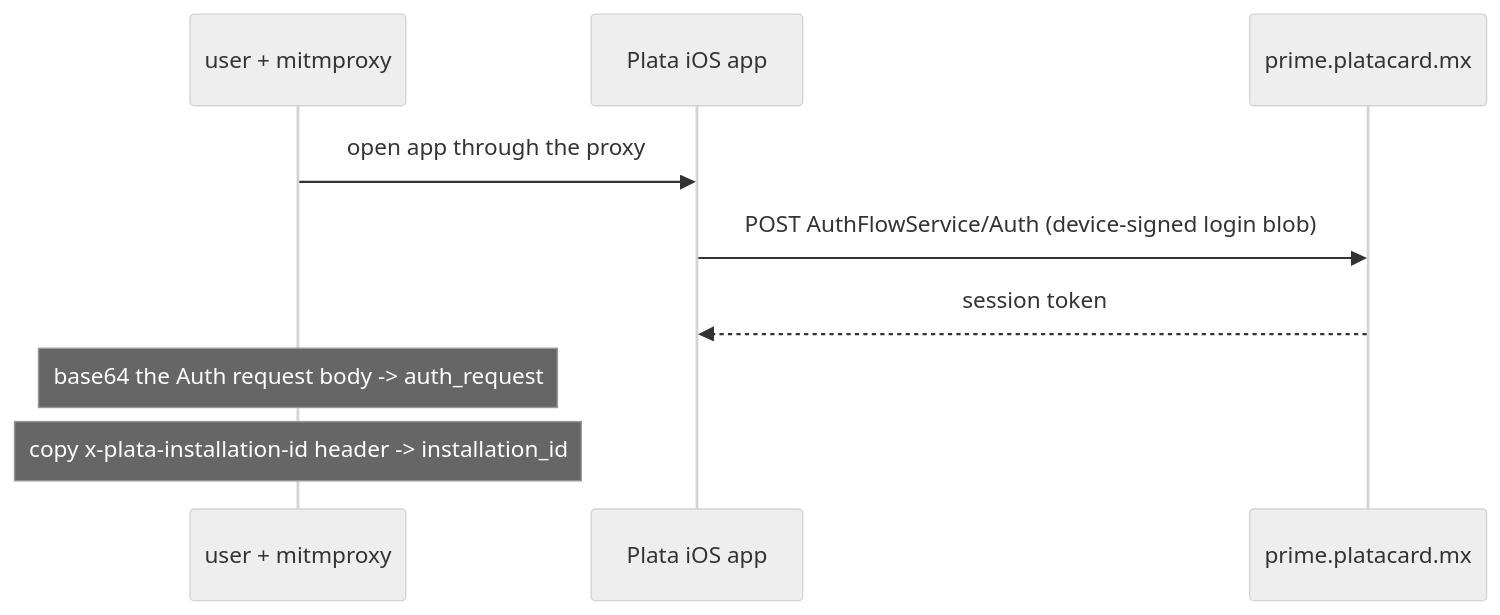
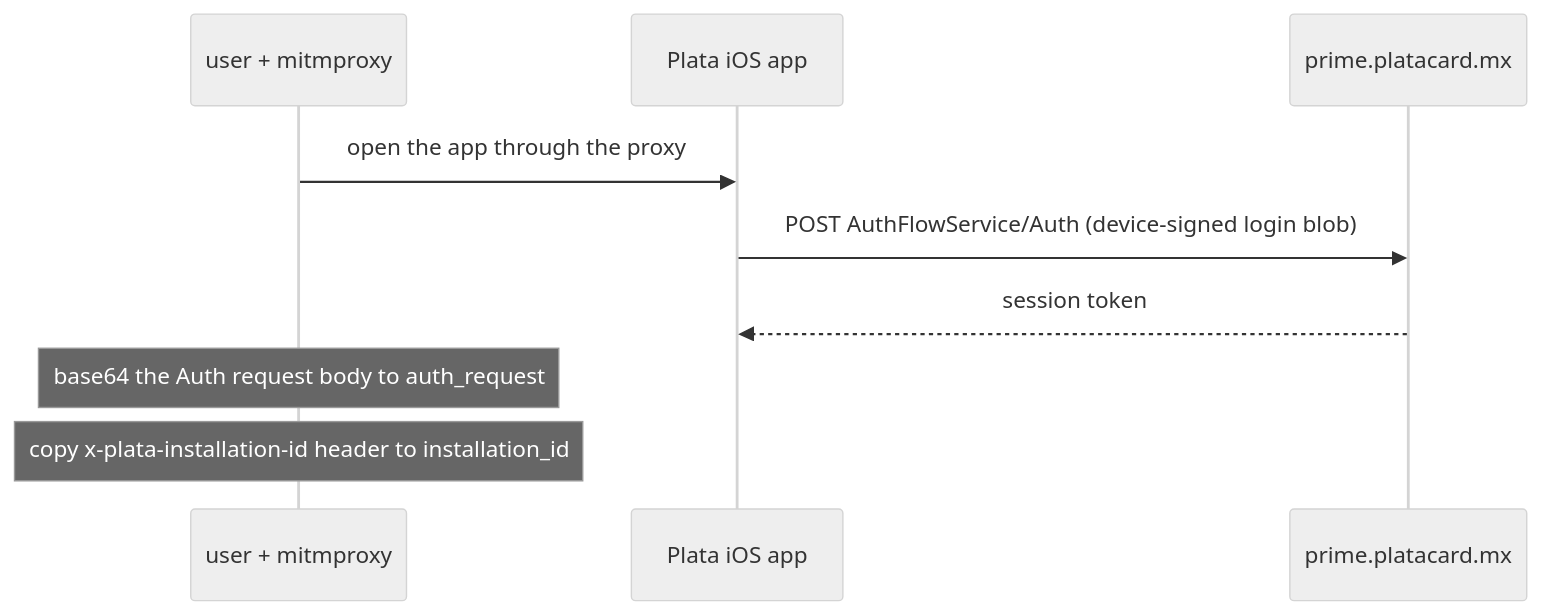
Before and after one commit to PaoloReyes/finscraper-mx: the first of 2 diagrams in docs/flows/plata.md, drawn with Mermaid (neutral theme). The commit also changed other lines of this file and 8 other files, not shown here.

Commit message:
docs/flows: one structure across providers; fix Klar mermaid

````diff
--- a/docs/flows/plata.md
+++ b/docs/flows/plata.md
@@ -55,12 +30,12 @@
 ```mermaid
 sequenceDiagram
   participant U as user + mitmproxy
   participant APP as Plata iOS app
   participant S as prime.platacard.mx
 
-  U->>APP: open app through the proxy
-  APP->>S: POST AuthFlowService/Auth  (device-signed login blob)
+  U->>APP: open the app through the proxy
+  APP->>S: POST AuthFlowService/Auth (device-signed login blob)
   S-->>APP: session token
-  Note over U: base64 the Auth request body -> auth_request
-  Note over U: copy x-plata-installation-id header -> installation_id
+  Note over U: base64 the Auth request body to auth_request
+  Note over U: copy x-plata-installation-id header to installation_id
 ```
````
